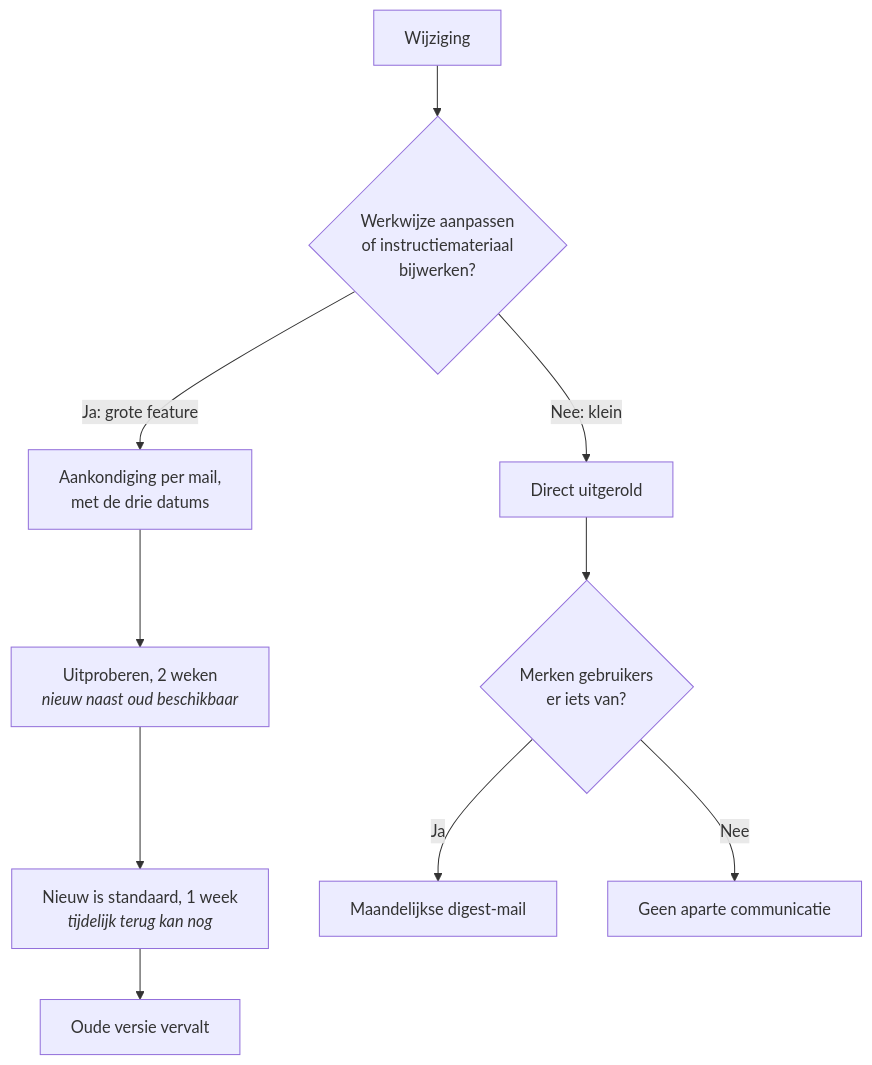
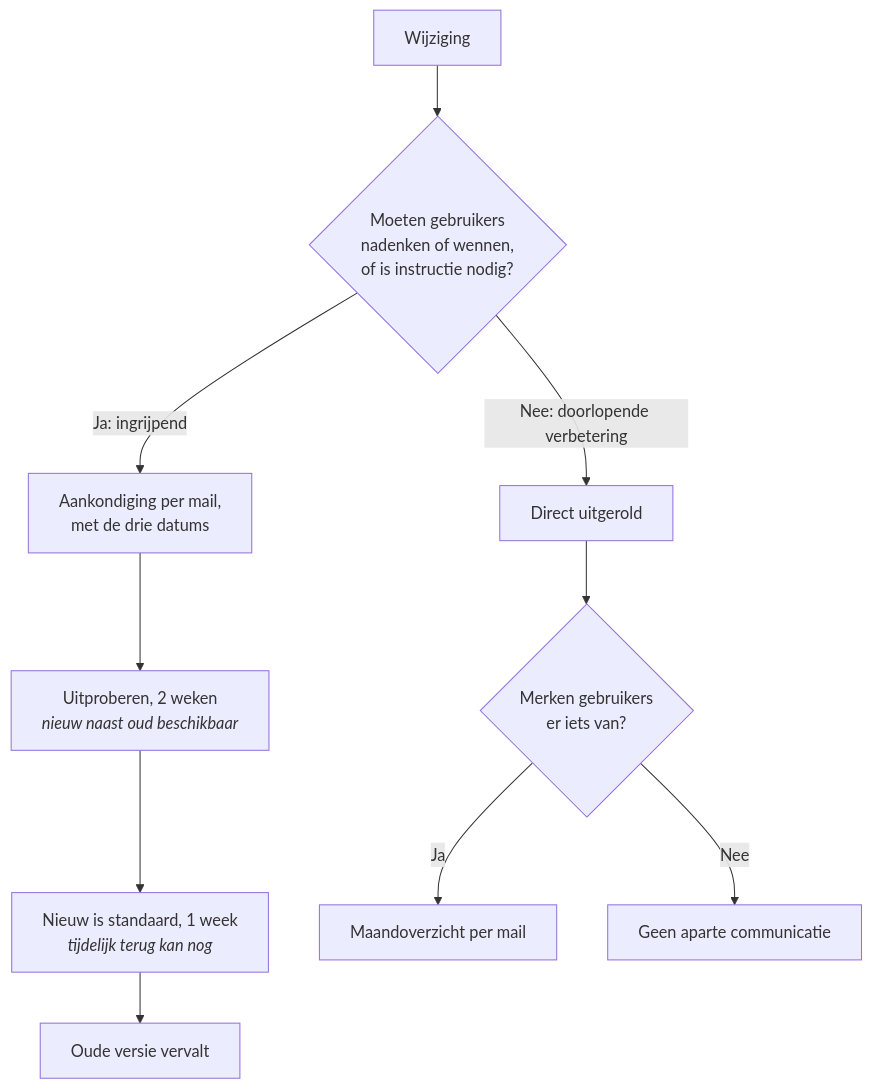
One commit to roqua/documentation changed the diagram in src/content/docs/beleid/releasebeleid.md. Above: the diagram before and after it, drawn with Mermaid. The commit also changed other lines of this file, not shown here.

````diff
--- a/src/content/docs/beleid/releasebeleid.md
+++ b/src/content/docs/beleid/releasebeleid.md
@@ -9,14 +13,14 @@
 ```mermaid
 graph TD
-  W[Wijziging] --> T{Werkwijze aanpassen<br>of instructiemateriaal<br>bijwerken?}
+  W[Wijziging] --> T{Moeten gebruikers<br>nadenken of wennen,<br>of is instructie nodig?}
 
-  T -- "Ja: grote feature" --> M[Aankondiging per mail,<br>met de drie datums]
+  T -- "Ja: ingrijpend" --> M[Aankondiging per mail,<br>met de drie datums]
   M --> B[Uitproberen, 2 weken<br><i>nieuw naast oud beschikbaar</i>]
   B --> C[Nieuw is standaard, 1 week<br><i>tijdelijk terug kan nog</i>]
   C --> D[Oude versie vervalt]
 
-  T -- "Nee: klein" --> K[Direct uitgerold]
+  T -- "Nee: doorlopende verbetering" --> K[Direct uitgerold]
   K --> Z{Merken gebruikers<br>er iets van?}
-  Z -- Ja --> G[Maandelijkse digest-mail]
+  Z -- Ja --> G[Maandoverzicht per mail]
   Z -- Nee --> S[Geen aparte communicatie]
 ```
````
